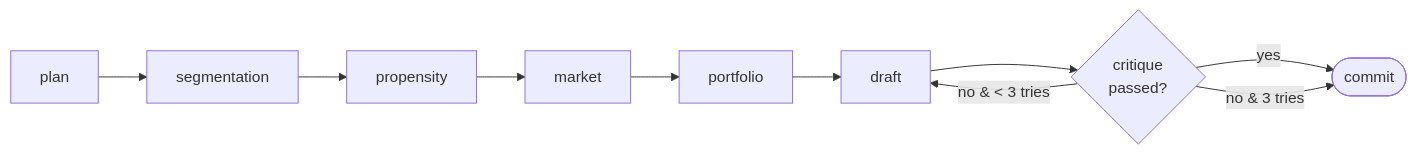
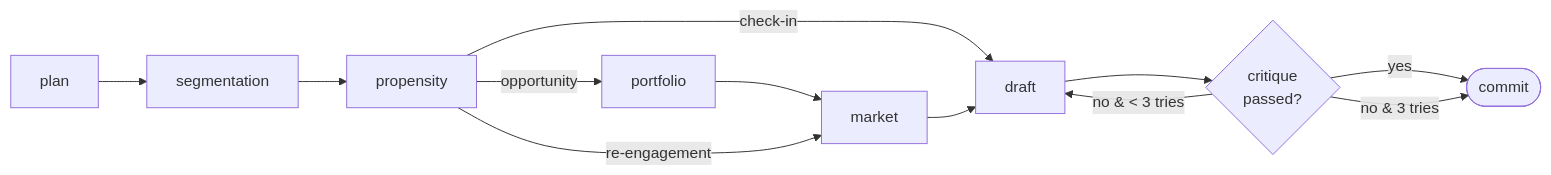
Before and after one commit to svgnix/nextbest: the third of 3 diagrams in README.md, drawn with Mermaid. The commit also changed other lines of this file and 30 other files, not shown here.

````diff
--- a/README.md
+++ b/README.md
@@ -223,7 +229,12 @@
 ```mermaid
 flowchart LR
-    P[plan] --> S[segmentation] --> R[propensity] --> M[market] --> PF[portfolio] --> D[draft] --> C{critique<br/>passed?}
+    P[plan] --> S[segmentation] --> R[propensity]
+    R -->|opportunity| PF[portfolio] --> M[market]
+    R -->|re-engagement| M
+    R -->|check-in| D[draft]
+    M --> D
+    D --> C{critique<br/>passed?}
     C -->|yes| E([commit])
     C -->|no & < 3 tries| D
     C -->|no & 3 tries| E
 ```
````
